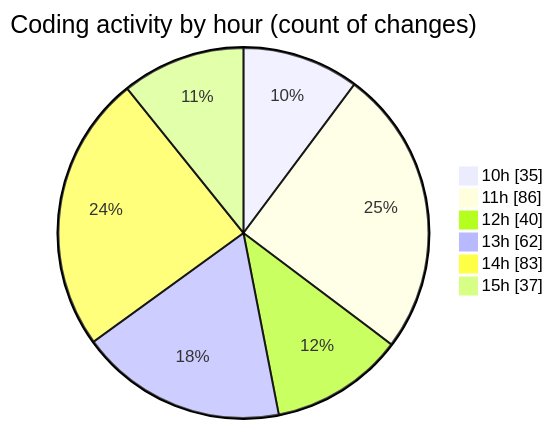
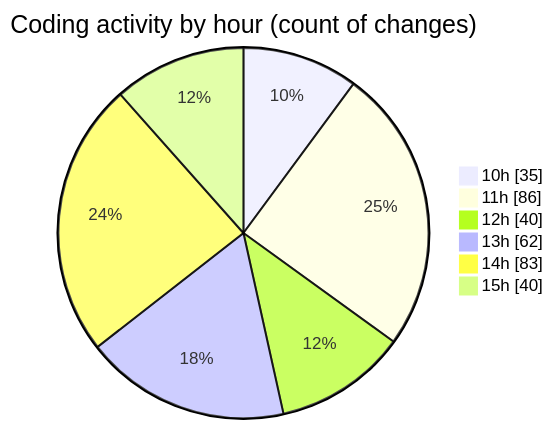
Before and after one commit to momahboobian/code-tracking: the second of 2 diagrams in 2025-03-28/cda/README.md, drawn with Mermaid. The commit also changed other lines of this file and 1 other file, not shown here.

````diff
--- a/2025-03-28/cda/README.md
+++ b/2025-03-28/cda/README.md
@@ -39,10 +39,10 @@
 ```mermaid
 pie showData
 title Coding activity by hour (count of changes)
 "10h" : 35
 "11h" : 86
 "12h" : 40
 "13h" : 62
 "14h" : 83
-"15h" : 37
+"15h" : 40
 ```
````
